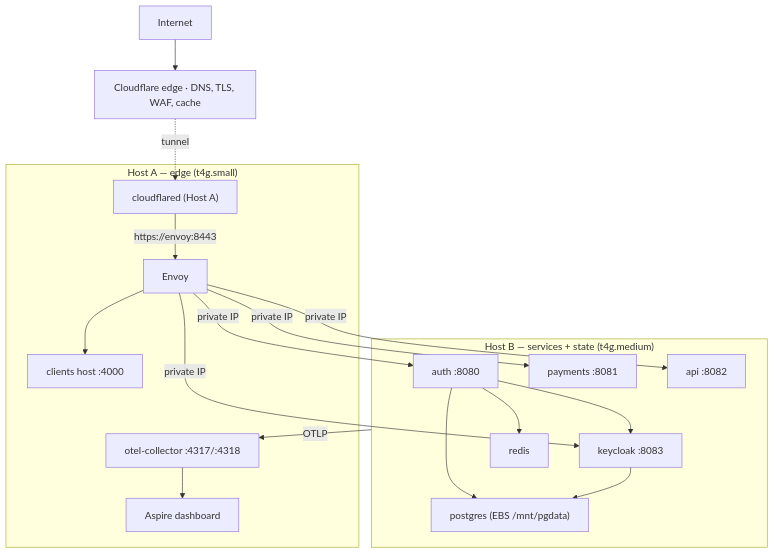
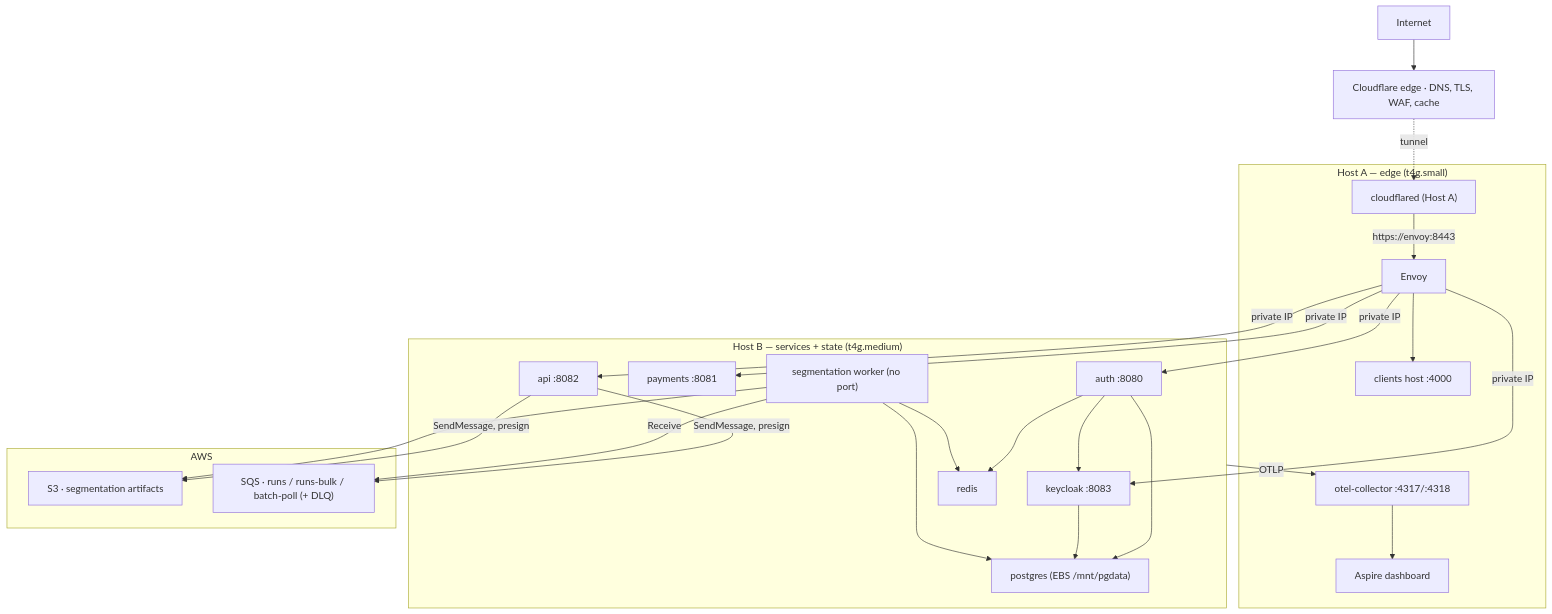
Before and after one commit to duncan-G/ProtoFast: the second of 2 diagrams in docs/01-topology.md, drawn with Mermaid. The commit also changed other lines of this file and 316 other files, not shown here.

````diff
--- a/docs/01-topology.md
+++ b/docs/01-topology.md
@@ -62,30 +66,39 @@
 ```mermaid
 graph TD
     Internet --> CF["Cloudflare edge · DNS, TLS, WAF, cache"]
     CF -.->|tunnel| CFD["cloudflared (Host A)"]
     CFD -->|https://envoy:8443| Envoy
 
     subgraph HostA["Host A — edge (t4g.small)"]
         CFD
         Envoy
         ClientsHost["clients host :4000"]
         OtelA["otel-collector :4317/:4318"]
         Dash["Aspire dashboard"]
     end
 
     subgraph HostB["Host B — services + state (t4g.medium)"]
         AuthB["auth :8080"]
         PayB["payments :8081"]
         ApiB["api :8082"]
+        SegB["segmentation worker (no port)"]
         KCB["keycloak :8083"]
         PGB["postgres (EBS /mnt/pgdata)"]
         RedisB["redis"]
+    end
+
+    subgraph AWS["AWS"]
+        S3Seg["S3 · segmentation artifacts"]
+        SQS["SQS · runs / runs-bulk / batch-poll (+ DLQ)"]
     end
 
     Envoy --> ClientsHost
     Envoy -->|private IP| AuthB & PayB & ApiB & KCB
     AuthB --> RedisB & PGB & KCB
     KCB --> PGB
+    ApiB -->|SendMessage, presign| SQS & S3Seg
+    SegB -->|Receive| SQS
+    SegB --> S3Seg & PGB & RedisB
     HostB -->|OTLP| OtelA
     OtelA --> Dash
 ```
````
